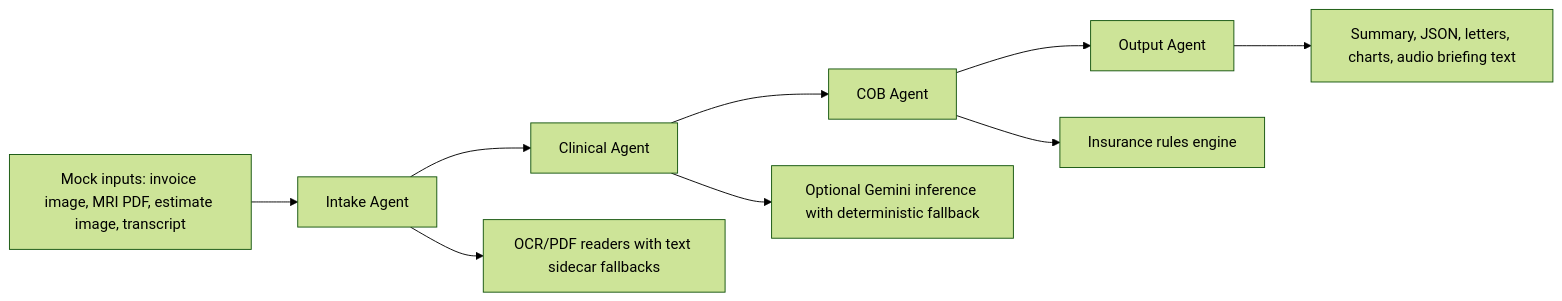
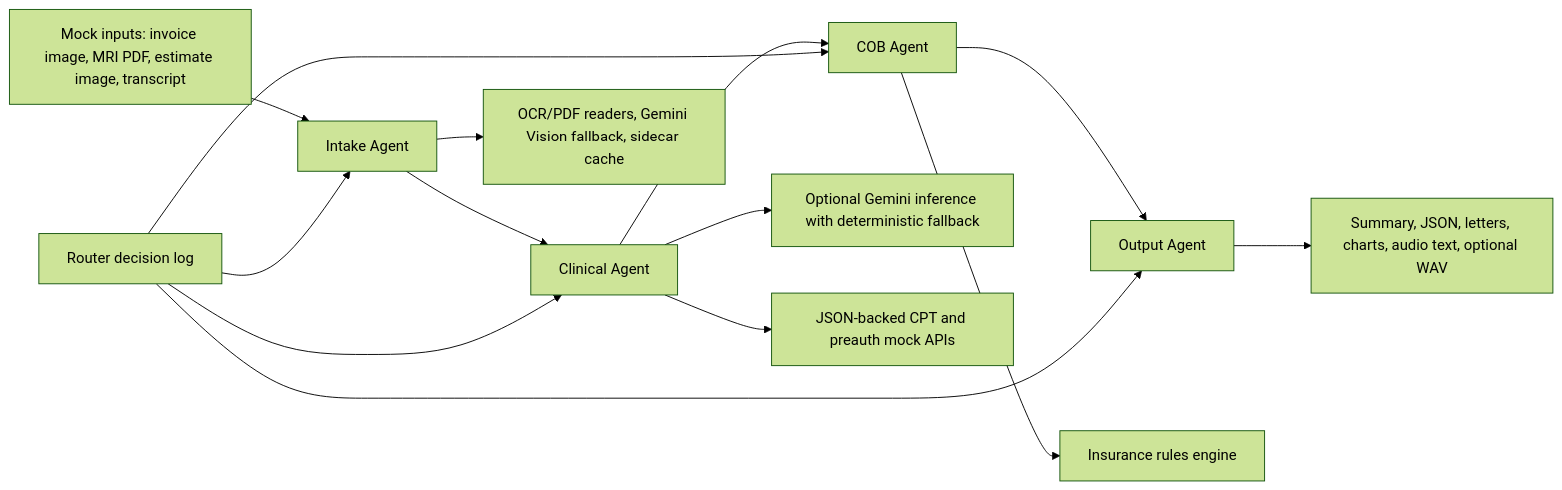
Before and after one commit to Manishbattu27/duco-agent-ai-assessment: the diagram in docs/architecture.md, drawn with Mermaid (forest theme). The commit also changed other lines of this file and 33 other files, not shown here.

````diff
--- a/docs/architecture.md
+++ b/docs/architecture.md
@@ -3,11 +3,16 @@
 ```mermaid
 flowchart LR
     A["Mock inputs: invoice image, MRI PDF, estimate image, transcript"] --> B["Intake Agent"]
     B --> C["Clinical Agent"]
     C --> D["COB Agent"]
     D --> E["Output Agent"]
-    E --> F["Summary, JSON, letters, charts, audio briefing text"]
+    E --> F["Summary, JSON, letters, charts, audio text, optional WAV"]
     D --> G["Insurance rules engine"]
-    B --> H["OCR/PDF readers with text sidecar fallbacks"]
+    B --> H["OCR/PDF readers, Gemini Vision fallback, sidecar cache"]
     C --> I["Optional Gemini inference with deterministic fallback"]
+    C --> K["JSON-backed CPT and preauth mock APIs"]
+    J["Router decision log"] --> B
+    J --> C
+    J --> D
+    J --> E
 ```
````
